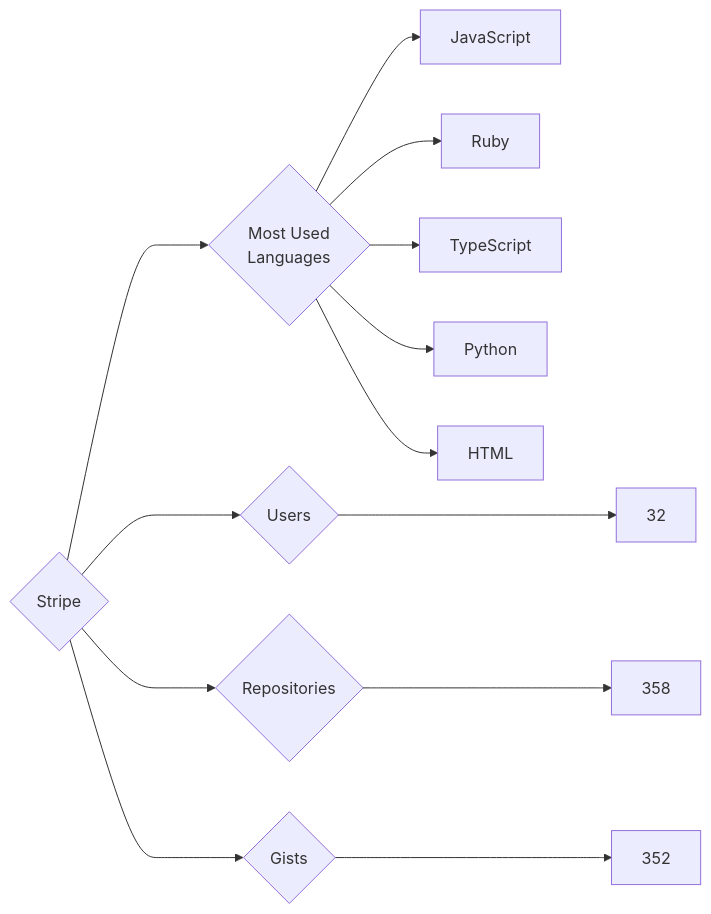
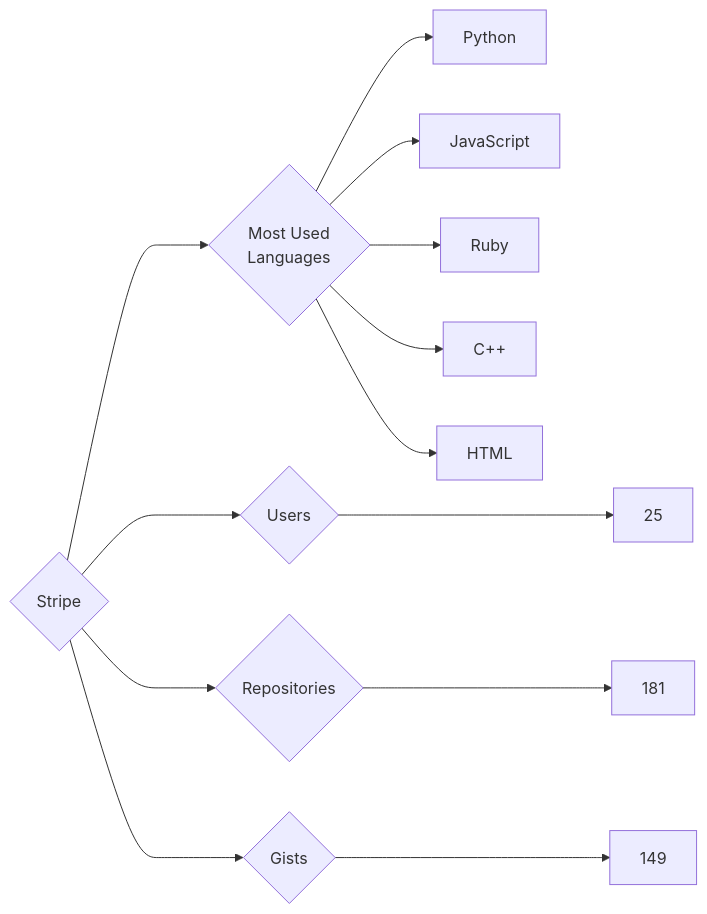
Before and after one commit to trickest/insiders: the diagram in targets/Stripe/README.md, drawn with Mermaid. The commit also changed 886 other files, not shown here.

````diff
--- a/targets/Stripe/README.md
+++ b/targets/Stripe/README.md
@@ -3,13 +3,13 @@
 ```mermaid
 graph LR
 COMPANY_NAME{Stripe}
-COMPANY_NAME ---> U{Users} ---> UN[32]
-COMPANY_NAME ---> R{Repositories} ---> RN[358]
-COMPANY_NAME ---> G{Gists} ---> GN[352]
+COMPANY_NAME ---> U{Users} ---> UN[25]
+COMPANY_NAME ---> R{Repositories} ---> RN[181]
+COMPANY_NAME ---> G{Gists} ---> GN[149]
 COMPANY_NAME ---> ML{Most Used<br>Languages}
+ML --> Python[Python]
 ML --> JavaScript[JavaScript]
 ML --> Ruby[Ruby]
-ML --> TypeScript[TypeScript]
-ML --> Python[Python]
+ML --> C++[C++]
 ML --> HTML[HTML]
 ```
````
